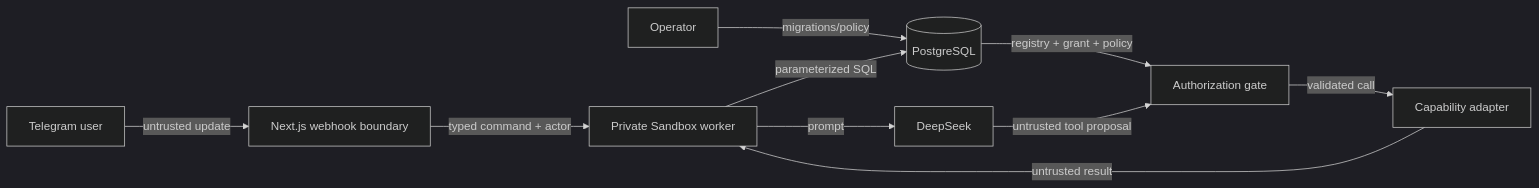
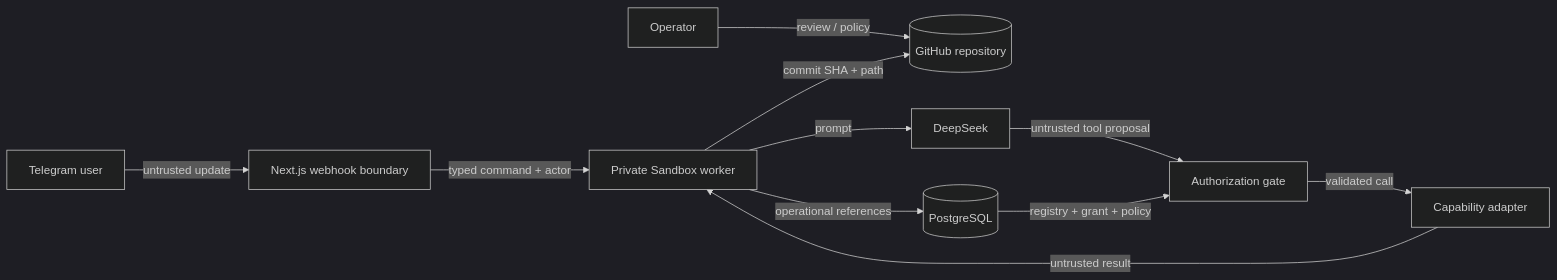
One commit to alchemy666888/agent-bot changed the first of 2 diagrams in specs/telegram-agent/design.md. Above: the diagram before and after it, drawn with Mermaid (dark theme). The commit also changed other lines of this file and 4 other files, not shown here.

Commit message:
docs: make GitHub canonical for skills

````diff
--- a/specs/telegram-agent/design.md
+++ b/specs/telegram-agent/design.md
@@ -9,12 +9,13 @@
 ```mermaid
 flowchart LR
   U[Telegram user] -->|untrusted update| W[Next.js webhook boundary]
-  O[Operator] -->|migrations/policy| DB[(PostgreSQL)]
+  O[Operator] -->|review / policy| G[(GitHub repository)]
   W -->|typed command + actor| S[Private Sandbox worker]
-  S -->|parameterized SQL| DB
+  S -->|commit SHA + path| G
+  S -->|operational references| DB[(PostgreSQL)]
   S -->|prompt| M[DeepSeek]
   M -->|untrusted tool proposal| A[Authorization gate]
   DB -->|registry + grant + policy| A
   A -->|validated call| T[Capability adapter]
   T -->|untrusted result| S
 ```
````
